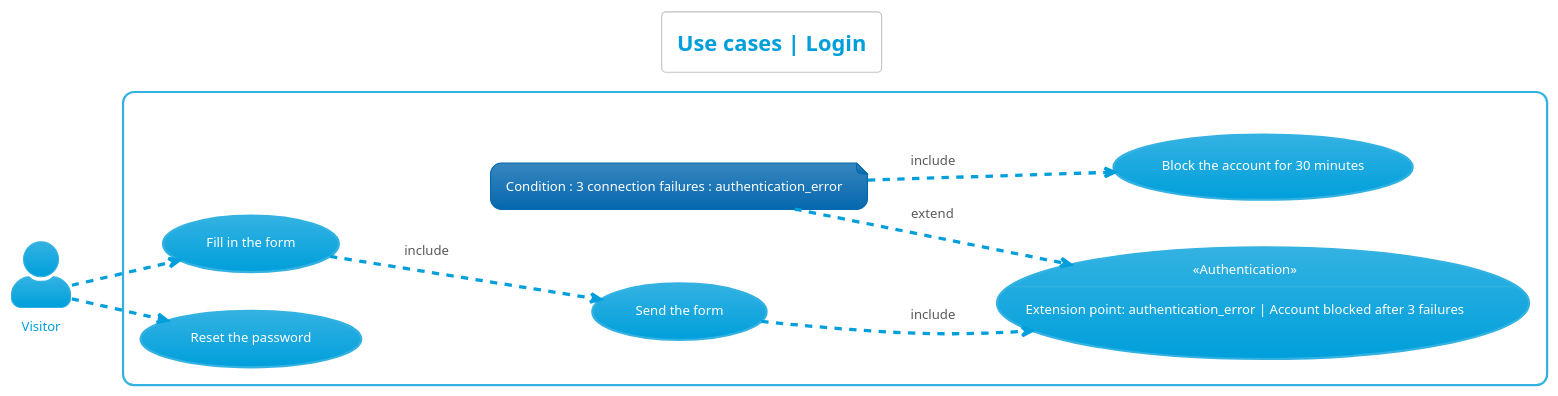
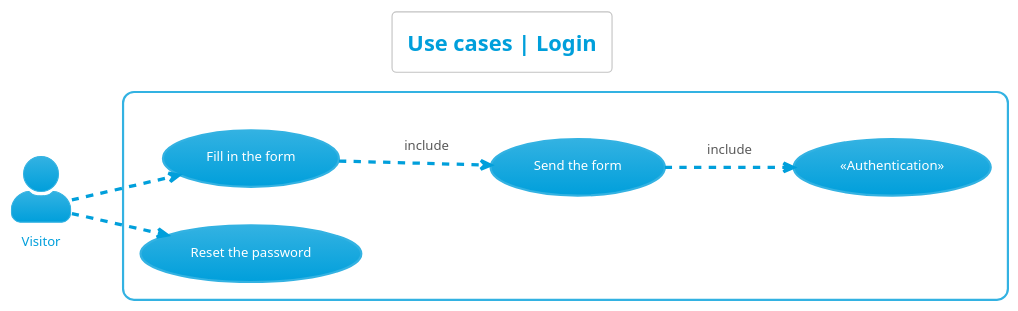
One commit to sebastien-d-me/SebBlog changed the diagram in 1_project_design/uml_diagrams/use_cases/members/login/login.plantuml. Above: the diagram before and after it, drawn with PlantUML. The commit also changed 59 other files, not shown here.

First line of the commit message:
📝 Update the diagrams

```diff
--- a/1_project_design/uml_diagrams/use_cases/members/login/login.plantuml
+++ b/1_project_design/uml_diagrams/use_cases/members/login/login.plantuml
@@ -1,33 +1,29 @@
 @startuml use_cases__login
 left to right direction
 skinparam actorStyle Awesome
 !theme bluegray
 skinparam backgroundcolor White
 
 'Titre'
 title Use cases | Login
 
 'Acteur'
 actor "Visitor" as Visiteur
 
 'Rectangle'
 rectangle {
     'Authentification'
-    "«Authentication»\n--\nExtension point: authentication_error | Account blocked after 3 failures" as (Authentification)
-    note "Condition : 3 connection failures : authentication_error" as ConditionConnexion
-    "Block the account for 30 minutes" as (BloquerCompte)
+    "«Authentication»" as (Authentification)
 
     'Visiteur'
     "Fill in the form" as (RemplirFormulaire)
     "Send the form" as (EnvoyerFormulaire)    
     "Reset the password" as (OublierMDP)
 
     'Déroulement'
     :Visiteur: -.> (RemplirFormulaire)
     (RemplirFormulaire) -.> (EnvoyerFormulaire) : include
     (EnvoyerFormulaire) -.> (Authentification) : include
-    (Authentification) <.up- (ConditionConnexion) : extend
-    (ConditionConnexion) -.> (BloquerCompte) : include
     :Visiteur: -.> (OublierMDP)
 }
 @enduml
```
